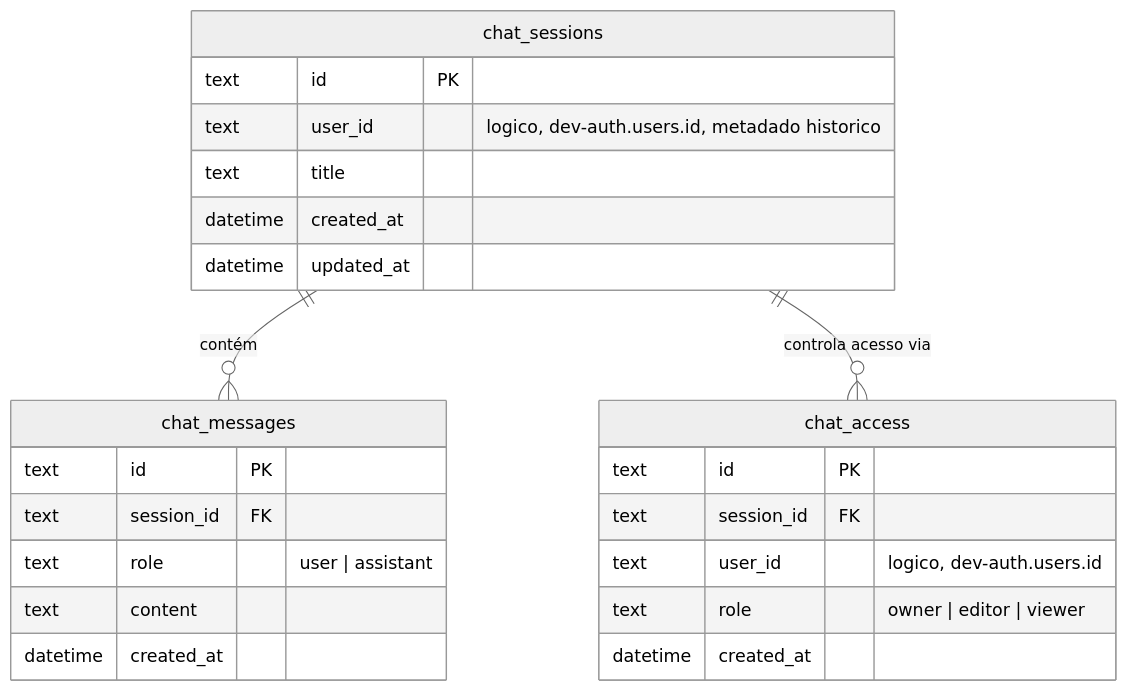
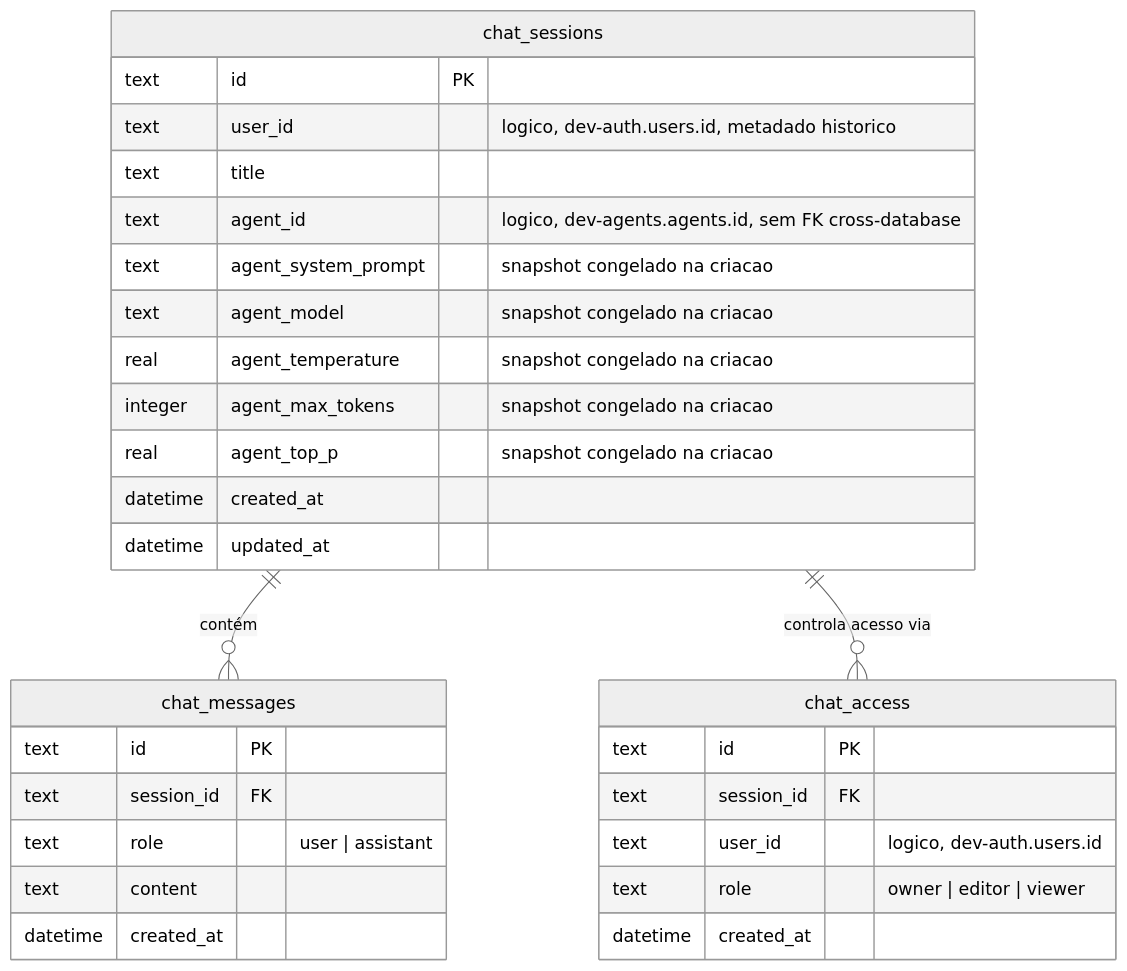
Before and after one commit to 0xHackerSpace/wrapper-api: the fourth of 6 diagrams in docs/database-diagram.md, drawn with Mermaid (neutral theme). The commit also changed other lines of this file and 5 other files, not shown here.

````diff
--- a/docs/database-diagram.md
+++ b/docs/database-diagram.md
@@ -157,29 +157,35 @@
 ```mermaid
 erDiagram
     chat_sessions ||--o{ chat_messages : "contém"
     chat_sessions ||--o{ chat_access : "controla acesso via"
 
     chat_sessions {
         text id PK
         text user_id "logico, dev-auth.users.id, metadado historico"
         text title
+        text agent_id "logico, dev-agents.agents.id, sem FK cross-database"
+        text agent_system_prompt "snapshot congelado na criacao"
+        text agent_model "snapshot congelado na criacao"
+        real agent_temperature "snapshot congelado na criacao"
+        integer agent_max_tokens "snapshot congelado na criacao"
+        real agent_top_p "snapshot congelado na criacao"
         datetime created_at
         datetime updated_at
     }
 
     chat_messages {
         text id PK
         text session_id FK
         text role "user | assistant"
         text content
         datetime created_at
     }
 
     chat_access {
         text id PK
         text session_id FK
         text user_id "logico, dev-auth.users.id"
         text role "owner | editor | viewer"
         datetime created_at
     }
 ```
````
